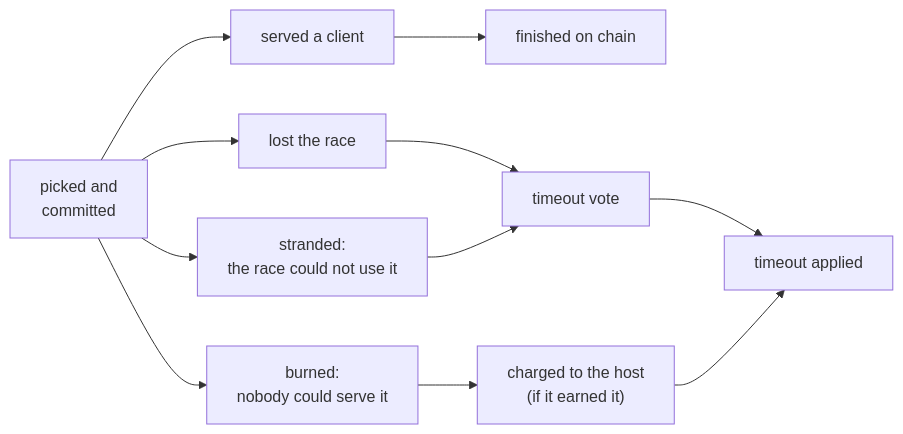
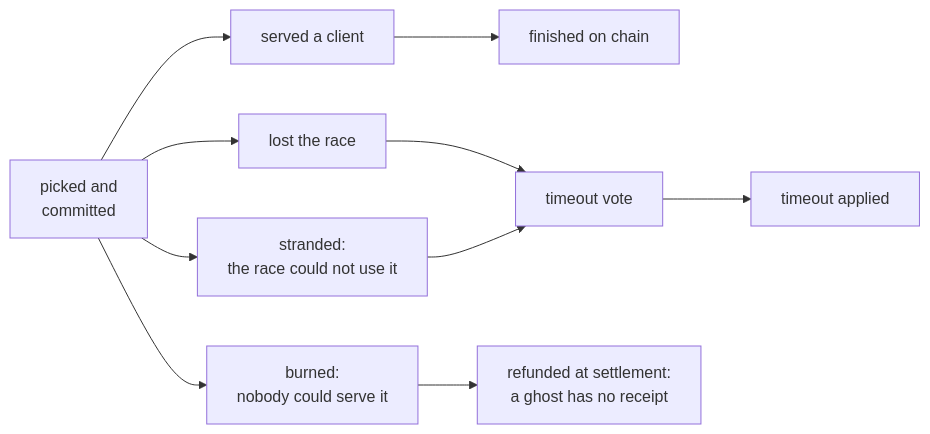
Before and after one commit to qdanik/gonka: the third of 3 diagrams in devshard/cmd/gateway/docs/architecture.md, drawn with Mermaid. The commit also changed other lines of this file and 58 other files, not shown here.

````diff
--- a/devshard/cmd/gateway/docs/architecture.md
+++ b/devshard/cmd/gateway/docs/architecture.md
@@ -112,13 +112,12 @@
 ```mermaid
 graph LR
     P["picked and<br/>committed"] --> SRV["served a client"]
     P --> LOST["lost the race"]
     P --> BURN["burned:<br/>nobody could serve it"]
     P --> STR["stranded:<br/>the race could not use it"]
     SRV --> FIN["finished on chain"]
     LOST --> VOTE["timeout vote"]
-    BURN --> CHG["charged to the host<br/>(if it earned it)"]
+    BURN --> REF["refunded at settlement:<br/>a ghost has no receipt"]
     STR --> VOTE
     VOTE --> APP["timeout applied"]
-    CHG --> APP
 ```
````
